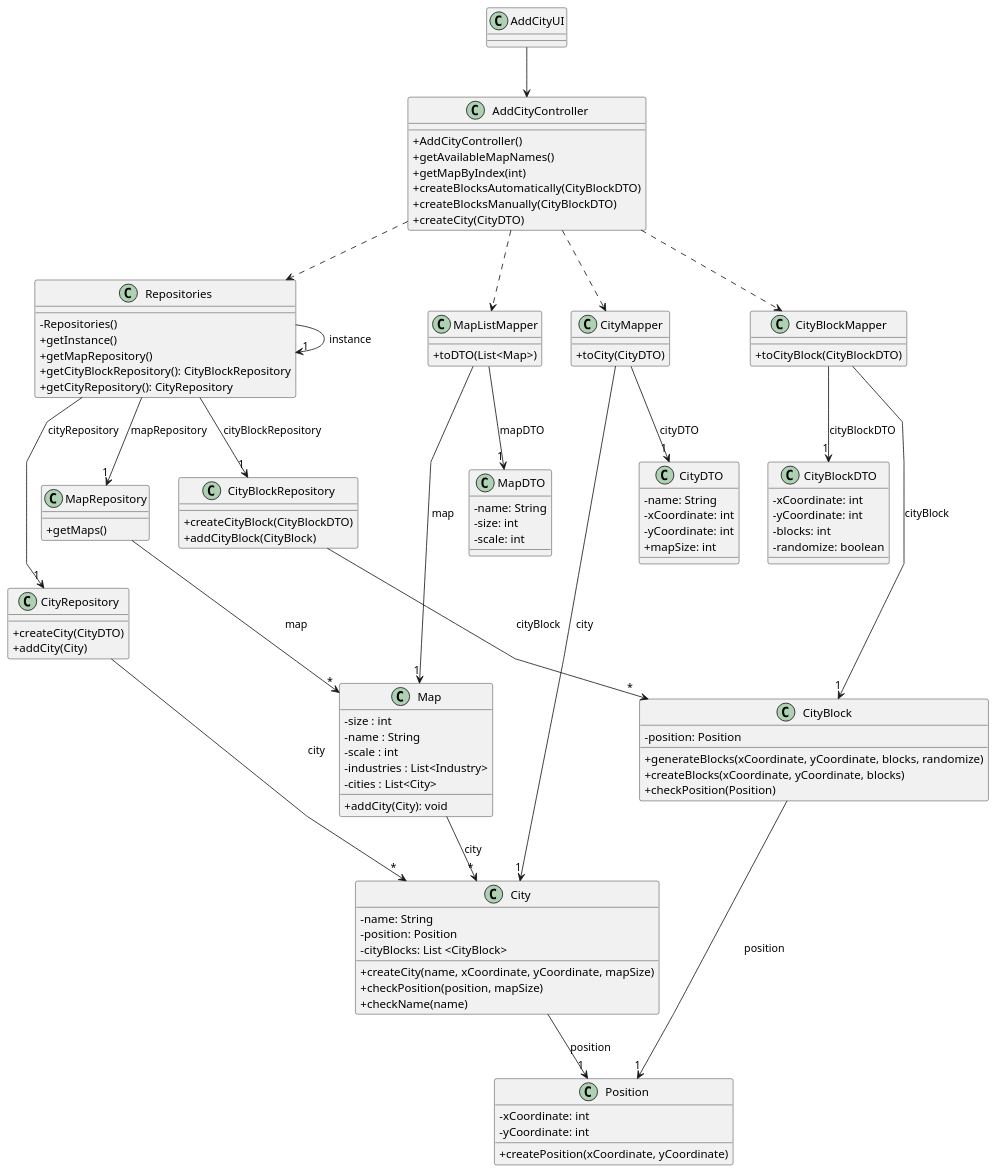
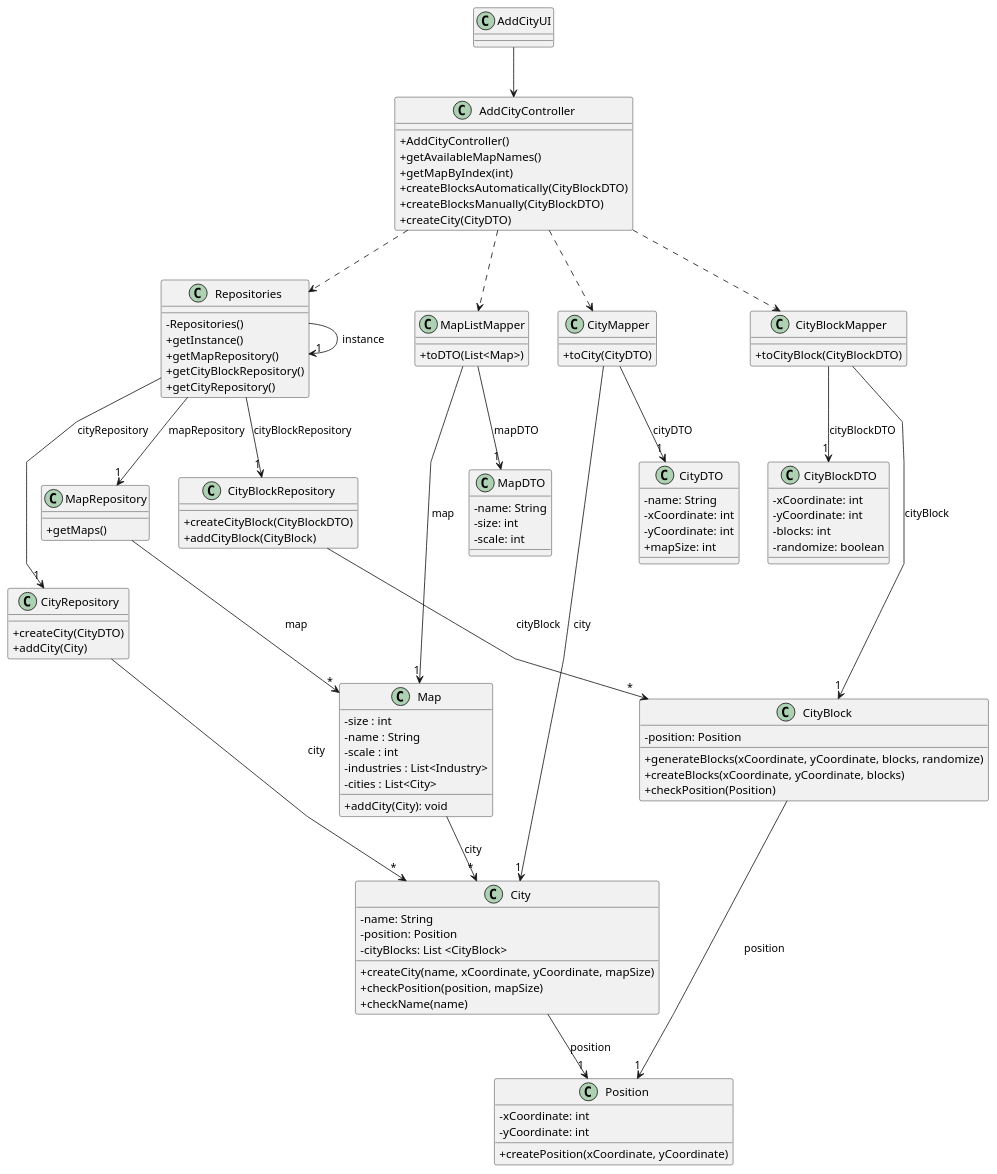
One commit to 1240935/pi2-railway-simulator changed the diagram in Sprint3/US003/03.design/puml/US003-CD.puml. Above: the diagram before and after it, drawn with PlantUML. The commit also changed 11 other files, not shown here.

```diff
--- a/Sprint3/US003/03.design/puml/US003-CD.puml
+++ b/Sprint3/US003/03.design/puml/US003-CD.puml
@@ -1,137 +1,137 @@
 @startuml
 'skinparam monochrome true
 skinparam packageStyle rectangle
 skinparam shadowing false
 skinparam linetype polyline
 'skinparam linetype orto
 
 skinparam classAttributeIconSize 0
 
 'left to right direction
 
 class AddCityUI{
 }
 
 class AddCityController {
   +AddCityController()
   +getAvailableMapNames()
   +getMapByIndex(int)
   +createBlocksAutomatically(CityBlockDTO)
   +createBlocksManually(CityBlockDTO)
   +createCity(CityDTO)
 }
 
 class Repositories {
   -Repositories()
   +getInstance()
   +getMapRepository()
-  +getCityBlockRepository(): CityBlockRepository
-  +getCityRepository(): CityRepository
+  +getCityBlockRepository()
+  +getCityRepository()
 }
 
 class MapRepository {
   +getMaps()
 }
 
 class CityBlockRepository {
   +createCityBlock(CityBlockDTO)
   +addCityBlock(CityBlock)
 }
 
 class CityRepository {
   +createCity(CityDTO)
   +addCity(City)
 }
 
 class MapListMapper {
   +toDTO(List<Map>)
 }
 
 class CityBlockMapper {
   +toCityBlock(CityBlockDTO)
 }
 
 class CityMapper {
   +toCity(CityDTO)
 }
 
 class MapDTO {
   -name: String
   -size: int
   -scale: int
 }
 
 class CityBlockDTO {
   -xCoordinate: int
   -yCoordinate: int
   -blocks: int
   -randomize: boolean
 }
 
 class CityDTO {
   -name: String
   -xCoordinate: int
   -yCoordinate: int
   +mapSize: int
 }
 
 class Map {
   - size : int
     - name : String
     - scale : int
     - industries : List<Industry>
     - cities : List<City>
   +addCity(City): void
 }
 
 class CityBlock {
    -position: Position
   +generateBlocks(xCoordinate, yCoordinate, blocks, randomize)
   +createBlocks(xCoordinate, yCoordinate, blocks)
   +checkPosition(Position)
 }
 
 class City {
   -name: String
   -position: Position
   -cityBlocks: List <CityBlock>
   +createCity(name, xCoordinate, yCoordinate, mapSize)
   +checkPosition(position, mapSize)
   +checkName(name)
 }
 
 class Position {
   -xCoordinate: int
   -yCoordinate: int
   +createPosition(xCoordinate, yCoordinate)
 }
 
 ' Relationships
 AddCityUI --> AddCityController
 
 AddCityController ..> Repositories
 AddCityController ..> MapListMapper
 AddCityController ..> CityBlockMapper
 AddCityController ..> CityMapper
 
 Repositories -> "1" Repositories : instance
 Repositories --> "1" MapRepository: mapRepository
 Repositories --> "1" CityBlockRepository: cityBlockRepository
 Repositories --> "1" CityRepository: cityRepository
 
 MapRepository --> "*" Map: map
 MapListMapper --> "1" MapDTO: mapDTO
 MapListMapper --> "1" Map: map
 CityBlockMapper --> "1" CityBlock: cityBlock
 CityBlockMapper --> "1" CityBlockDTO: cityBlockDTO
 CityMapper --> "1" City: city
 CityMapper --> "1" CityDTO: cityDTO
 
 CityBlockRepository --> "*" CityBlock: cityBlock
 CityRepository --> "*" City: city
 
 City --> "1" Position: position
 CityBlock --> "1" Position: position
 Map --> "*" City: city
 
 @enduml
```
